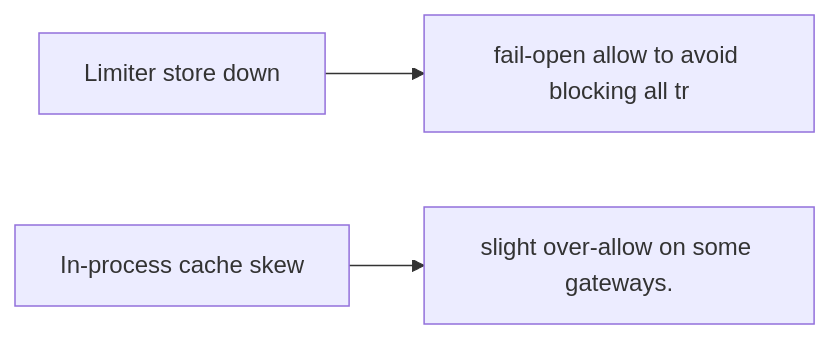
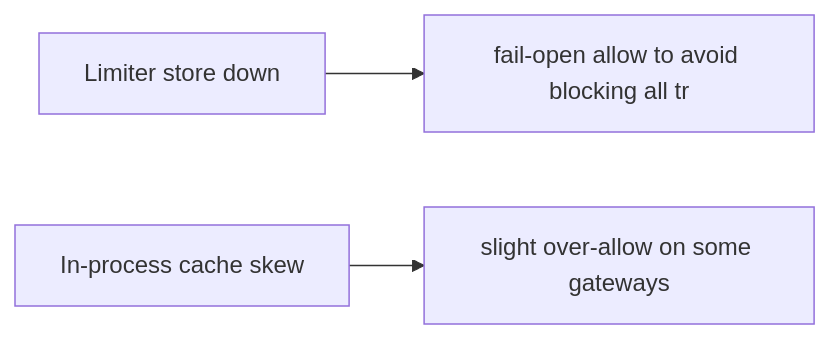
Before and after one commit to RIT-MESH/system-design-mastery: the third of 3 diagrams in case-studies/beginner/rate-limiter.md, drawn with Mermaid. The commit also changed other lines of this file and 215 other files, not shown here.

First line of the commit message:
Complete all remaining work: expand case studies, add 13 AI case studies, fix diagrams, status to Complete

````diff
--- a/case-studies/beginner/rate-limiter.md
+++ b/case-studies/beginner/rate-limiter.md
@@ -137,10 +170,10 @@
 ```mermaid
 %% created-for: system-design-mastery
 flowchart LR
   C1["Limiter store down"]
   R2["fail-open allow to avoid blocking all tr"]
   C1 --> R2
   C3["In-process cache skew"]
-  R4["slight over-allow on some gateways."]
+  R4["slight over-allow on some gateways"]
   C3 --> R4
 ```
````
